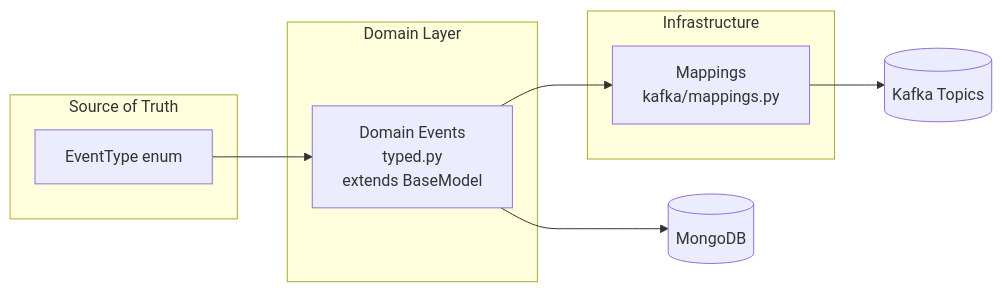
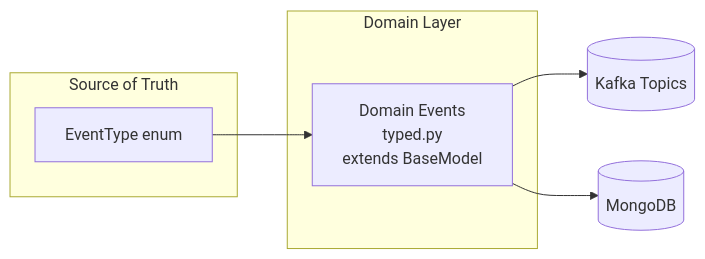
Before and after one commit to HardMax71/Integr8sCode: the first of 3 diagrams in docs/architecture/event-system-design.md, drawn with Mermaid. The commit also changed other lines of this file and 56 other files, not shown here.

````diff
--- a/docs/architecture/event-system-design.md
+++ b/docs/architecture/event-system-design.md
@@ -9,19 +9,14 @@
 ```mermaid
 graph LR
     subgraph "Source of Truth"
         ET[EventType enum]
     end
 
     subgraph "Domain Layer"
         DE[Domain Events<br/>typed.py<br/>extends BaseModel]
     end
 
-    subgraph "Infrastructure"
-        M[Mappings<br/>kafka/mappings.py]
-    end
-
     ET --> DE
-    DE --> M
-    M --> Kafka[(Kafka Topics)]
+    DE --> Kafka[(Kafka Topics)]
     DE --> MongoDB[(MongoDB)]
 ```
````
